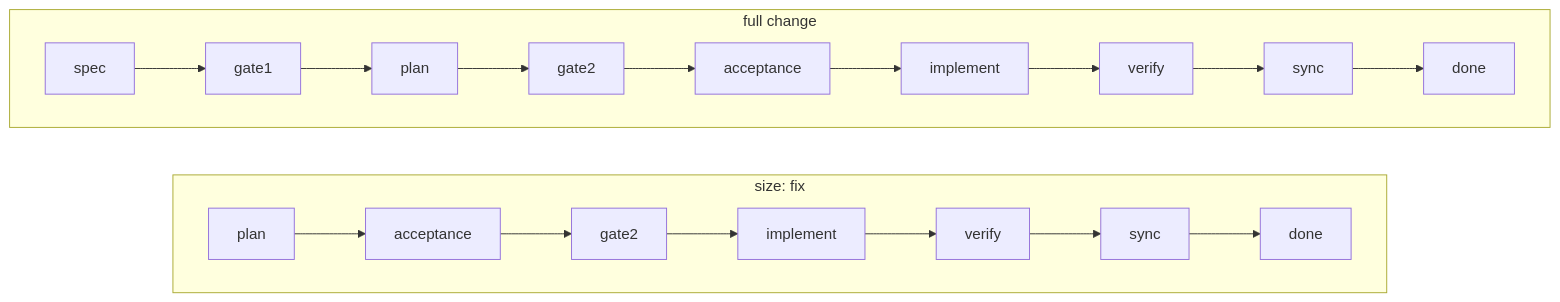
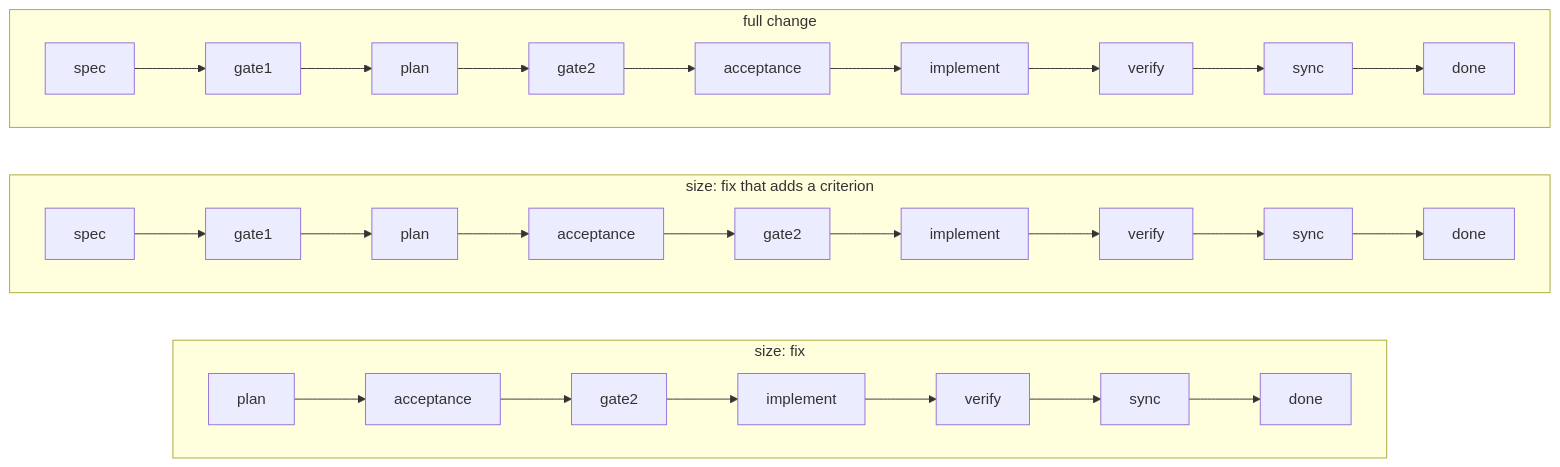
Before and after one commit to gpr/claude-plugins: the second of 4 diagrams in plugins/meta/sdd/docs/reference/phases-and-states.md, drawn with Mermaid. The commit also changed other lines of this file and 24 other files, not shown here.

````diff
--- a/plugins/meta/sdd/docs/reference/phases-and-states.md
+++ b/plugins/meta/sdd/docs/reference/phases-and-states.md
@@ -68,11 +68,15 @@
 ```mermaid
 flowchart LR
     subgraph fix ["size: fix"]
         direction LR
         b3[plan] --> b5[acceptance] --> b4[gate2] --> b6[implement] --> b7[verify] --> b8[sync] --> b9[done]
     end
+    subgraph fixc ["size: fix that adds a criterion"]
+        direction LR
+        d1[spec] --> d2[gate1] --> d3[plan] --> d5[acceptance] --> d4[gate2] --> d6[implement] --> d7[verify] --> d8[sync] --> d9[done]
+    end
     subgraph full ["full change"]
         direction LR
         a1[spec] --> a2[gate1] --> a3[plan] --> a4[gate2] --> a5[acceptance] --> a6[implement] --> a7[verify] --> a8[sync] --> a9[done]
     end
 ```
````
